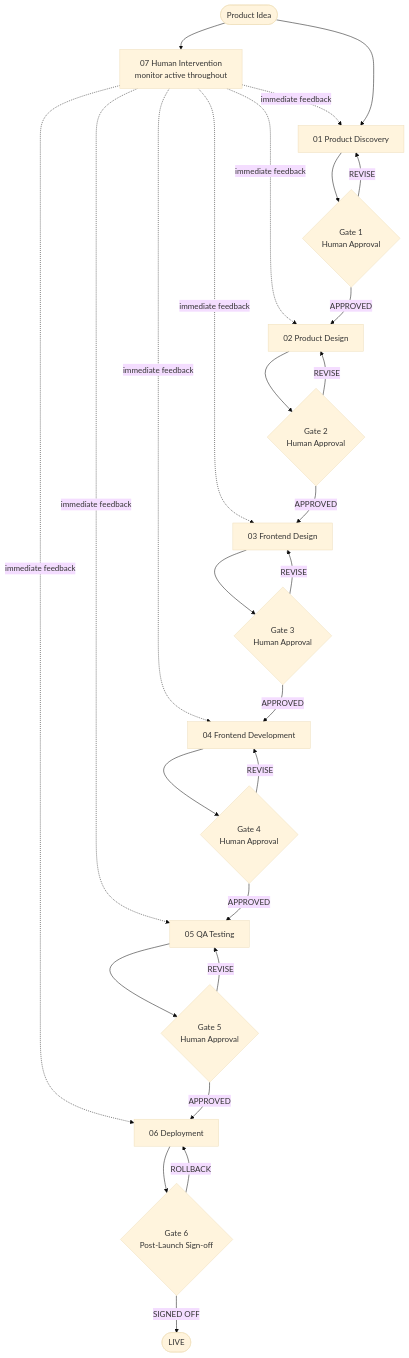
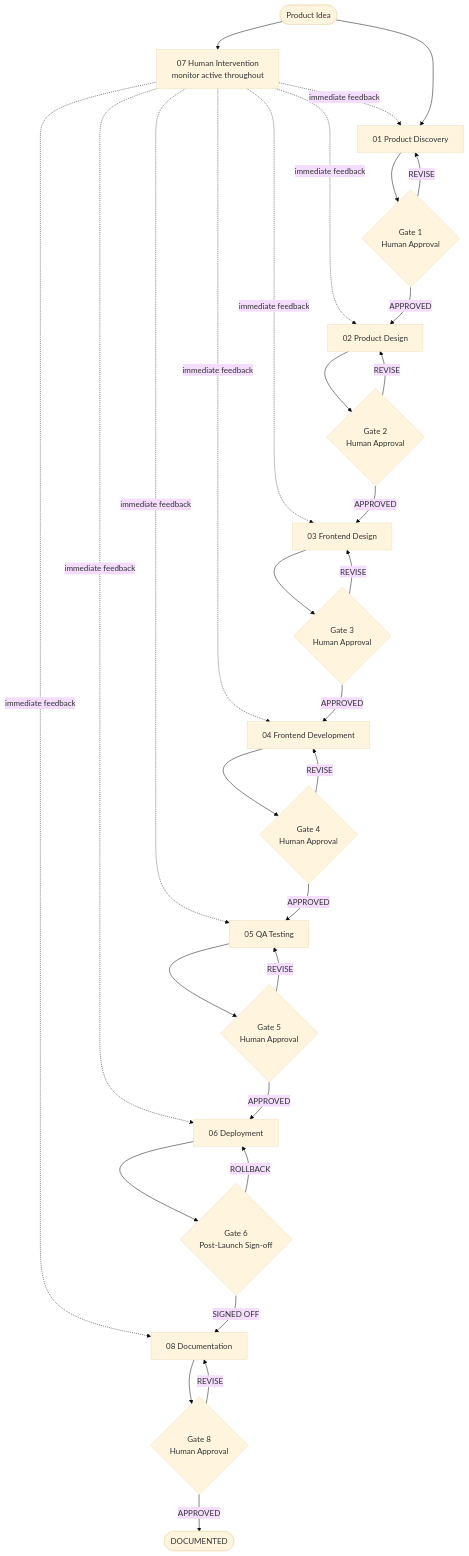
The first of 2 diagrams in .cursor/skills/00-product-workflow/SKILL.md (ivanyeors/product-agentic-templates), drawn with Mermaid (base theme) before and after one commit. The commit also changed other lines of this file and 17 other files, not shown here.

Commit message:
Update product workflow documentation to include Phase 8 (Documentation) and associated gate criteria. Revise descriptions and add new quality checks for documentation artifacts. Adjust human intervention protocol to reflect the new phase structure.

````diff
--- a/.cursor/skills/00-product-workflow/SKILL.md
+++ b/.cursor/skills/00-product-workflow/SKILL.md
@@ -36,30 +36,34 @@
 ```mermaid
 flowchart TD
     start([Product Idea]) --> hi
-    hi[07 Human Intervention\nmonitor active throughout] -.->|immediate feedback| p1 & p2 & p3 & p4 & p5 & p6
+    hi[07 Human Intervention\nmonitor active throughout] -.->|immediate feedback| p1 & p2 & p3 & p4 & p5 & p6 & p8
 
     start --> p1[01 Product Discovery]
     p1 --> g1{Gate 1\nHuman Approval}
     g1 -->|APPROVED| p2[02 Product Design]
     g1 -->|REVISE| p1
 
     p2 --> g2{Gate 2\nHuman Approval}
     g2 -->|APPROVED| p3[03 Frontend Design]
     g2 -->|REVISE| p2
 
     p3 --> g3{Gate 3\nHuman Approval}
     g3 -->|APPROVED| p4[04 Frontend Development]
     g3 -->|REVISE| p3
 
     p4 --> g4{Gate 4\nHuman Approval}
     g4 -->|APPROVED| p5[05 QA Testing]
     g4 -->|REVISE| p4
 
     p5 --> g5{Gate 5\nHuman Approval}
     g5 -->|APPROVED| p6[06 Deployment]
     g5 -->|REVISE| p5
 
     p6 --> g6{Gate 6\nPost-Launch Sign-off}
-    g6 -->|SIGNED OFF| live([LIVE])
+    g6 -->|SIGNED OFF| p8[08 Documentation]
     g6 -->|ROLLBACK| p6
+
+    p8 --> g8{Gate 8\nHuman Approval}
+    g8 -->|APPROVED| done([DOCUMENTED])
+    g8 -->|REVISE| p8
 ```
````
